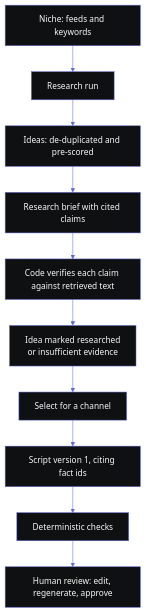
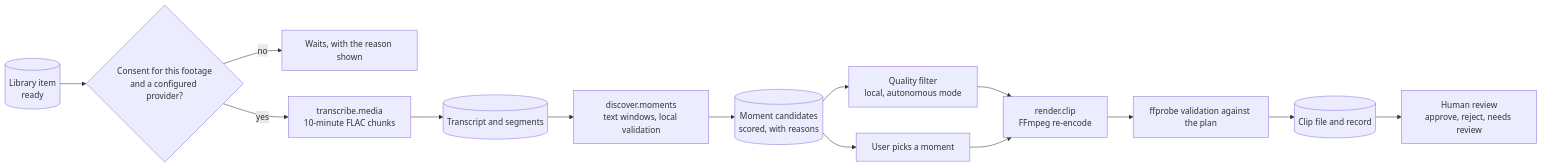
One commit to DhruvMalviya0/ai-content-factory-showcase changed the third of 6 diagrams in architecture/README.md. Above: the diagram before and after it, drawn with Mermaid. The commit also changed other lines of this file and 23 other files, not shown here.

First line of the commit message:
Add technical documentation, diagrams and genuine product screenshots

````diff
--- a/architecture/README.md
+++ b/architecture/README.md
@@ -7,13 +80,16 @@
 ```mermaid
-%%{init: {'theme':'base','themeVariables':{'primaryColor':'#0F1011','primaryTextColor':'#F7F8F8','primaryBorderColor':'#5E6AD2','lineColor':'#5E6AD2'}}}%%
-flowchart TD
-    N[Niche: feeds and keywords] --> RR[Research run]
-    RR --> ID[Ideas: de-duplicated and pre-scored]
-    ID --> BR[Research brief with cited claims]
-    BR --> V[Code verifies each claim against retrieved text]
-    V --> RD[Idea marked researched<br/>or insufficient evidence]
-    RD --> SEL[Select for a channel]
-    SEL --> SC[Script version 1, citing fact ids]
-    SC --> CK[Deterministic checks]
-    CK --> REV[Human review: edit, regenerate, approve]
+flowchart LR
+    LIB[(Library item<br/>ready)] --> T{Consent for this footage<br/>and a configured provider?}
+    T -- no --> WAIT[Waits, with the reason shown]
+    T -- yes --> TR[transcribe.media<br/>10-minute FLAC chunks]
+    TR --> TS[(Transcript and segments)]
+    TS --> MD[discover.moments<br/>text windows, local validation]
+    MD --> MC[(Moment candidates<br/>scored, with reasons)]
+    MC --> QF[Quality filter<br/>local, autonomous mode]
+    MC --> USER[User picks a moment]
+    QF --> RC[render.clip<br/>FFmpeg re-encode]
+    USER --> RC
+    RC --> V[ffprobe validation against the plan]
+    V --> CL[(Clip file and record)]
+    CL --> RV[Human review<br/>approve, reject, needs review]
 ```
````
